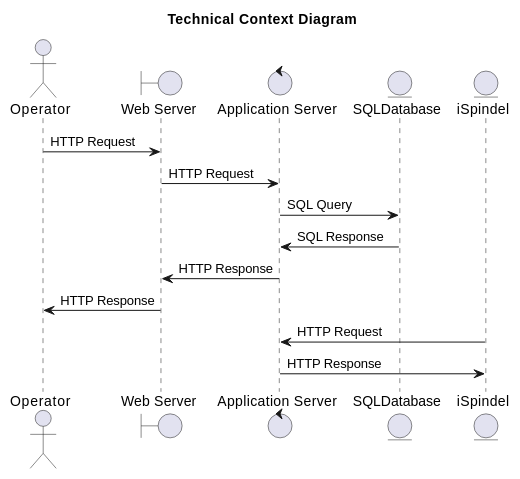
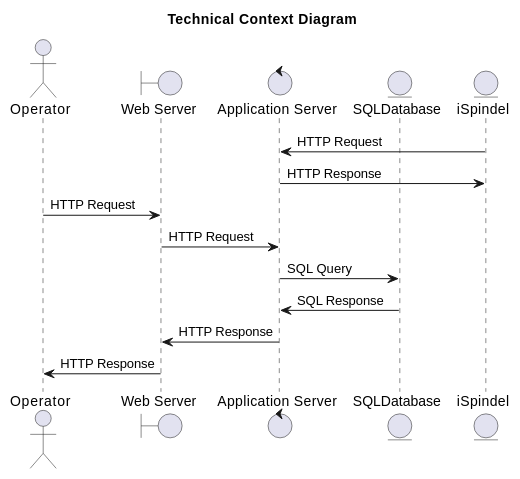
Before and after one commit to asbor/iu-project-software-engineering: the third of 5 diagrams in documents/01-Conception-Phase/00-HoppyBrew.md, drawn with PlantUML. The commit also changed 3 other files, not shown here.

```diff
--- a/documents/01-Conception-Phase/00-HoppyBrew.md
+++ b/documents/01-Conception-Phase/00-HoppyBrew.md
@@ -338,22 +338,21 @@
 @startuml 03-Context-View-Technical
 
 title Technical Context Diagram
 
 actor user as "Operator"
 boundary WebServer as "Web Server"
 control AppServer as "Application Server"
 entity Database as "SQLDatabase"
 entity ISpindel as "iSpindel"
 
+ISpindel -> AppServer : HTTP Request
+AppServer -> ISpindel : HTTP Response
 
 user -> WebServer : HTTP Request
 WebServer -> AppServer : HTTP Request
 AppServer -> Database : SQL Query
 Database -> AppServer : SQL Response
 AppServer -> WebServer : HTTP Response
 WebServer -> user : HTTP Response
 
-ISpindel -> AppServer : HTTP Request
-AppServer -> ISpindel : HTTP Response
-
 @enduml
```
